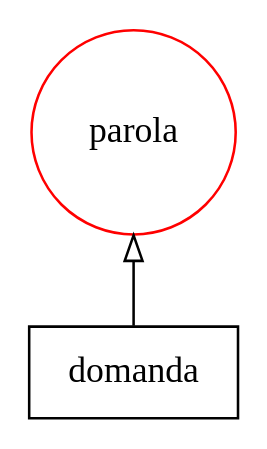
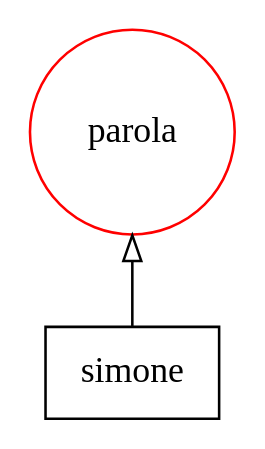
One commit to Simoruty/AI-course-project changed the diagram in var/spiegazioni/tag0.dot. Above: the diagram before and after it, drawn with Graphviz. The commit also changed 283 other files, not shown here.

```diff
--- a/var/spiegazioni/tag0.dot
+++ b/var/spiegazioni/tag0.dot
@@ -1,33 +1,33 @@
 digraph {
    rankdir=BT;
    edge [arrowhead=empty];
 
    subgraph {
       rank="source";
       edge [arrowhead=normal];
       node [shape=box];
-      t1 [label="domanda"];
+      t1 [label="simone"];
    }
 
    subgraph {
       rank="same";
       node [color=red,shape=circle];
       tag0 [label=parola]; 
    }
 
    subgraph {
       rank="same";
       node [color=blue,shape=circle];
    }
 
    subgraph {
       rank="same";
       node [color=green,shape=circle];
    }
 
    subgraph {
       rank="same";
       node [color=orange,shape=circle];
    }
    t1 -> tag0;
 }
```
